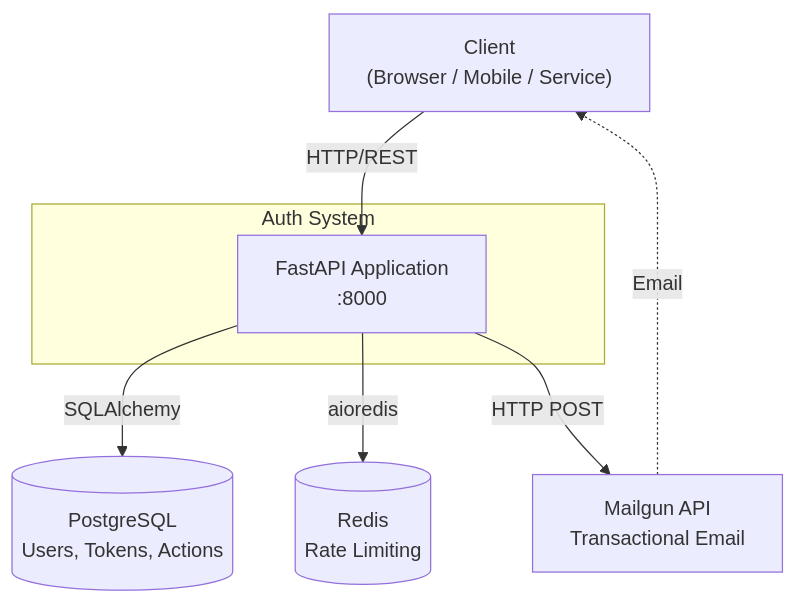
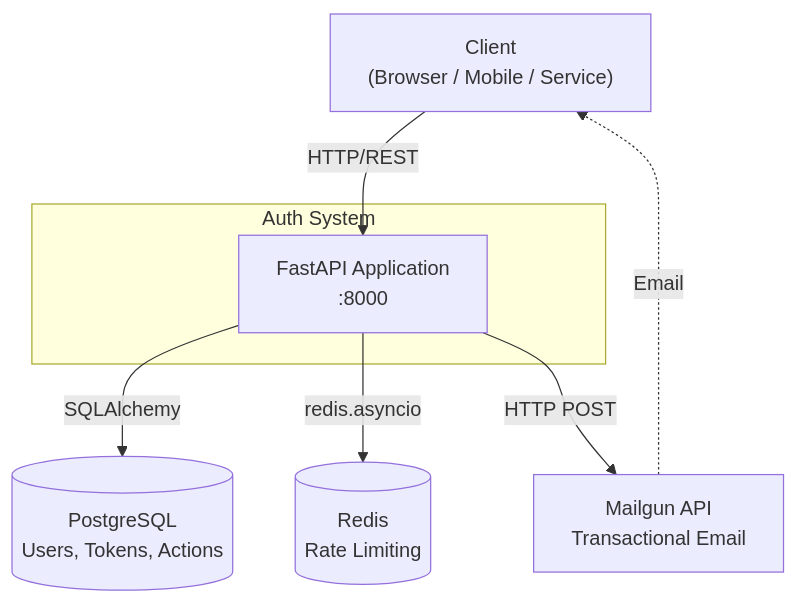
One commit to waelswaid/auth-system changed the first of 7 diagrams in docs/architecture-diagrams.md. Above: the diagram before and after it, drawn with Mermaid. The commit also changed other lines of this file, not shown here.

Commit message:
another diagrams adjustment

````diff
--- a/docs/architecture-diagrams.md
+++ b/docs/architecture-diagrams.md
@@ -10,23 +10,23 @@
 ```mermaid
 graph TB
     Client["Client
     (Browser / Mobile / Service)"]
 
     subgraph auth-system ["Auth System"]
         App["FastAPI Application
         :8000"]
     end
 
     PG[("PostgreSQL
     Users, Tokens, Actions")]
     Redis[("Redis
     Rate Limiting")]
     Mailgun["Mailgun API
     Transactional Email"]
 
     Client -- "HTTP/REST" --> App
     App -- "SQLAlchemy" --> PG
-    App -- "aioredis" --> Redis
+    App -- "redis.asyncio" --> Redis
     App -- "HTTP POST" --> Mailgun
     Mailgun -. "Email" .-> Client
 ```
````
